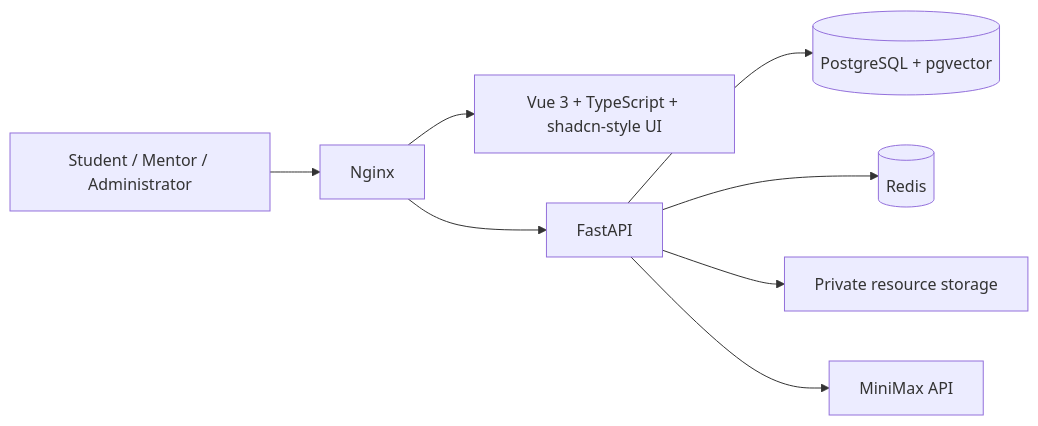
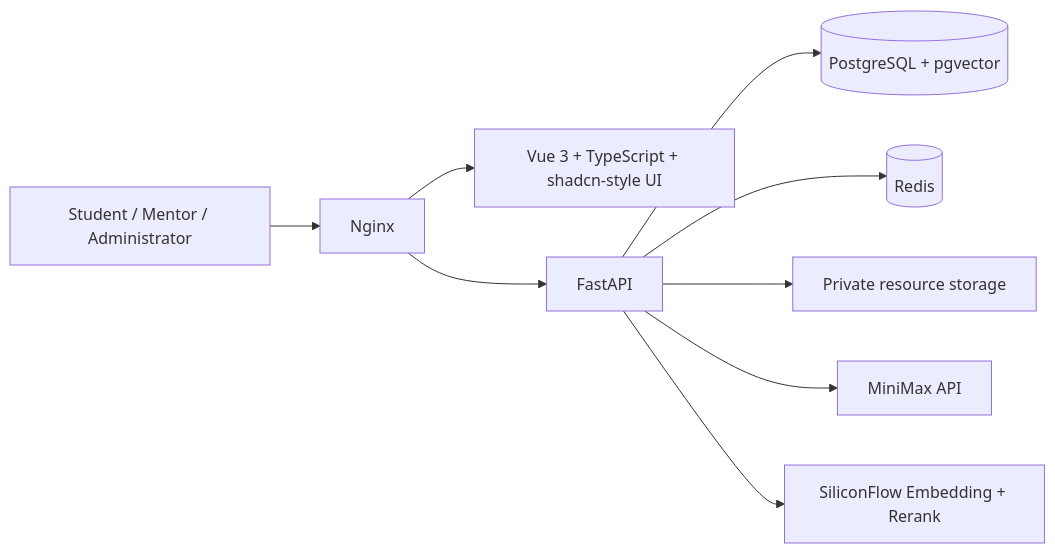
Before and after one commit to VALONSIDE/academic-nexus: the second of 2 diagrams in README.md, drawn with Mermaid. The commit also changed other lines of this file and 94 other files, not shown here.

````diff
--- a/README.md
+++ b/README.md
@@ -221,10 +283,11 @@
 ```mermaid
 flowchart LR
   U[Student / Mentor / Administrator] --> N[Nginx]
   N --> W[Vue 3 + TypeScript + shadcn-style UI]
   N --> A[FastAPI]
   A --> P[(PostgreSQL + pgvector)]
   A --> R[(Redis)]
   A --> S[Private resource storage]
   A --> M[MiniMax API]
+  A --> F[SiliconFlow Embedding + Rerank]
 ```
````
